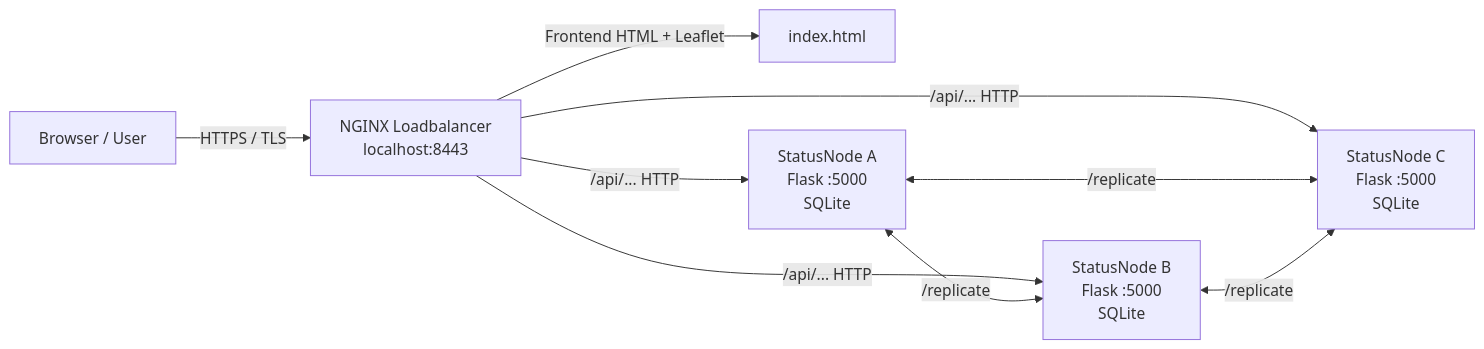
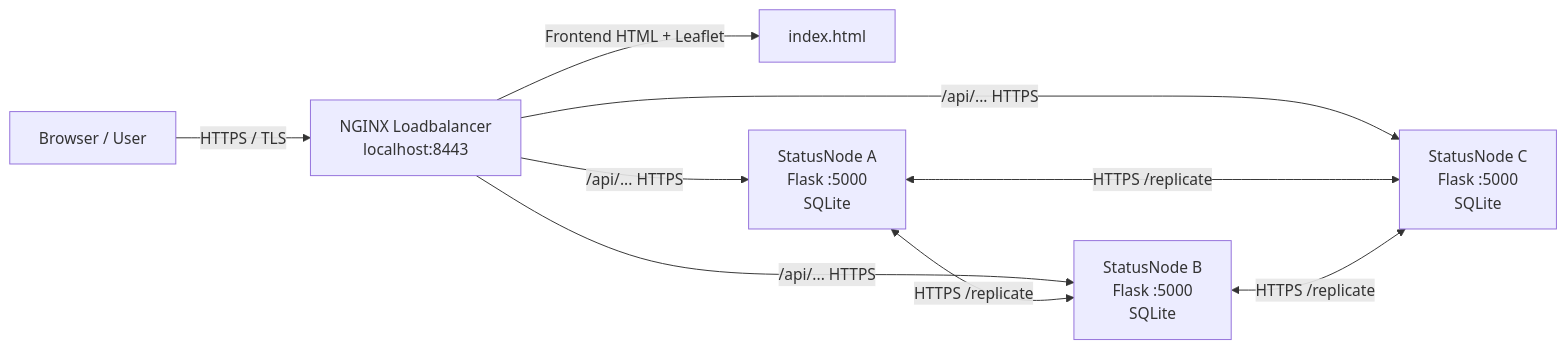
One commit to Jerenic/tevs_abschlussprojekt_gruppe_7 changed the diagram in docs/architecture-blueprint.md. Above: the diagram before and after it, drawn with Mermaid. The commit also changed other lines of this file and 13 other files, not shown here.

Commit message:
feat: encrypt internal node traffic and add architecture summary

````diff
--- a/docs/architecture-blueprint.md
+++ b/docs/architecture-blueprint.md
@@ -9,11 +9,11 @@
 ```mermaid
 flowchart LR
     U[Browser / User] -->|HTTPS / TLS| LB[NGINX Loadbalancer<br/>localhost:8443]
     LB -->|Frontend HTML + Leaflet| FE[index.html]
-    LB -->|/api/... HTTP| A[StatusNode A<br/>Flask :5000<br/>SQLite]
-    LB -->|/api/... HTTP| B[StatusNode B<br/>Flask :5000<br/>SQLite]
-    LB -->|/api/... HTTP| C[StatusNode C<br/>Flask :5000<br/>SQLite]
-    A <-->|/replicate| B
-    A <-->|/replicate| C
-    B <-->|/replicate| C
+    LB -->|/api/... HTTPS| A[StatusNode A<br/>Flask :5000<br/>SQLite]
+    LB -->|/api/... HTTPS| B[StatusNode B<br/>Flask :5000<br/>SQLite]
+    LB -->|/api/... HTTPS| C[StatusNode C<br/>Flask :5000<br/>SQLite]
+    A <-->|HTTPS /replicate| B
+    A <-->|HTTPS /replicate| C
+    B <-->|HTTPS /replicate| C
 ```
````
